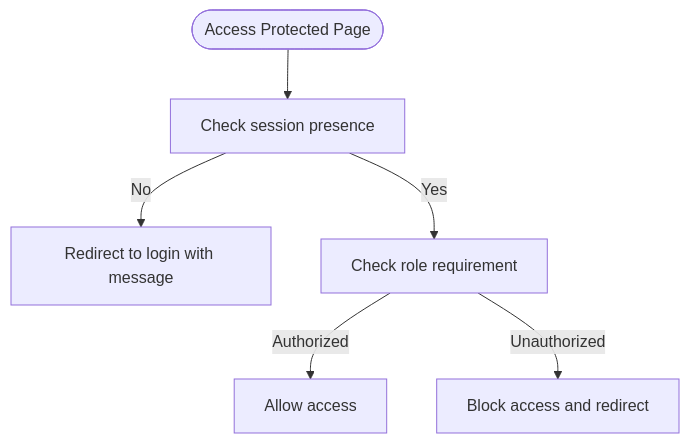
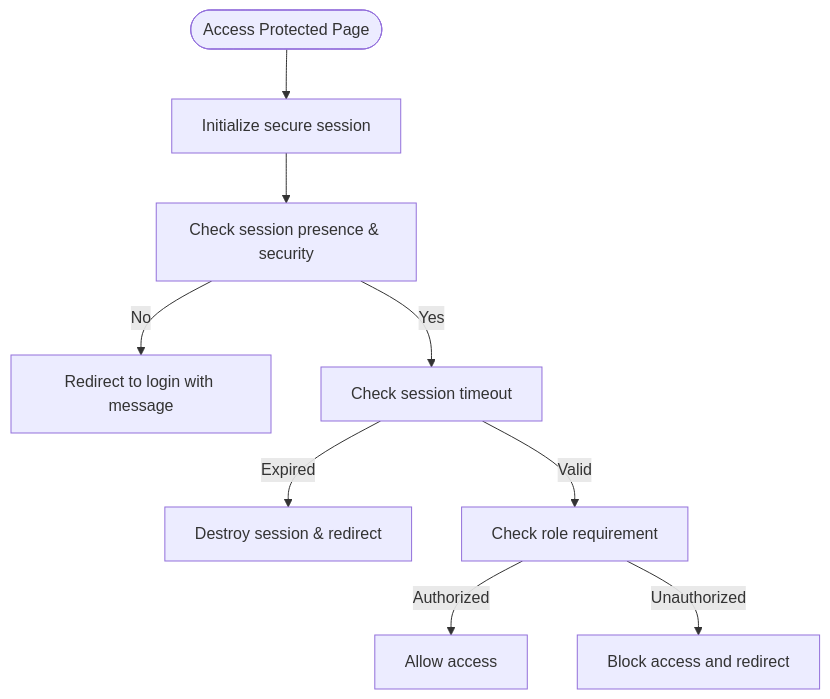
The third of 10 diagrams in .qoder/repowiki/en/content/Authentication and Security.md (dark-coder2025/libsystem), drawn with Mermaid before and after one commit. The commit also changed other lines of this file and 47 other files, not shown here.

````diff
--- a/.qoder/repowiki/en/content/Authentication and Security.md
+++ b/.qoder/repowiki/en/content/Authentication and Security.md
@@ -159,8 +191,11 @@
 ```mermaid
 flowchart TD
-Start(["Access Protected Page"]) --> CheckSession["Check session presence"]
+Start(["Access Protected Page"]) --> InitSession["Initialize secure session"]
+InitSession --> CheckSession["Check session presence & security"]
 CheckSession --> |No| RedirectLogin["Redirect to login with message"]
-CheckSession --> |Yes| CheckRole["Check role requirement"]
+CheckSession --> |Yes| CheckTimeout["Check session timeout"]
+CheckTimeout --> |Expired| ExpireSession["Destroy session & redirect"]
+CheckTimeout --> |Valid| CheckRole["Check role requirement"]
 CheckRole --> |Authorized| Proceed["Allow access"]
 CheckRole --> |Unauthorized| Block["Block access and redirect"]
 ```
````
